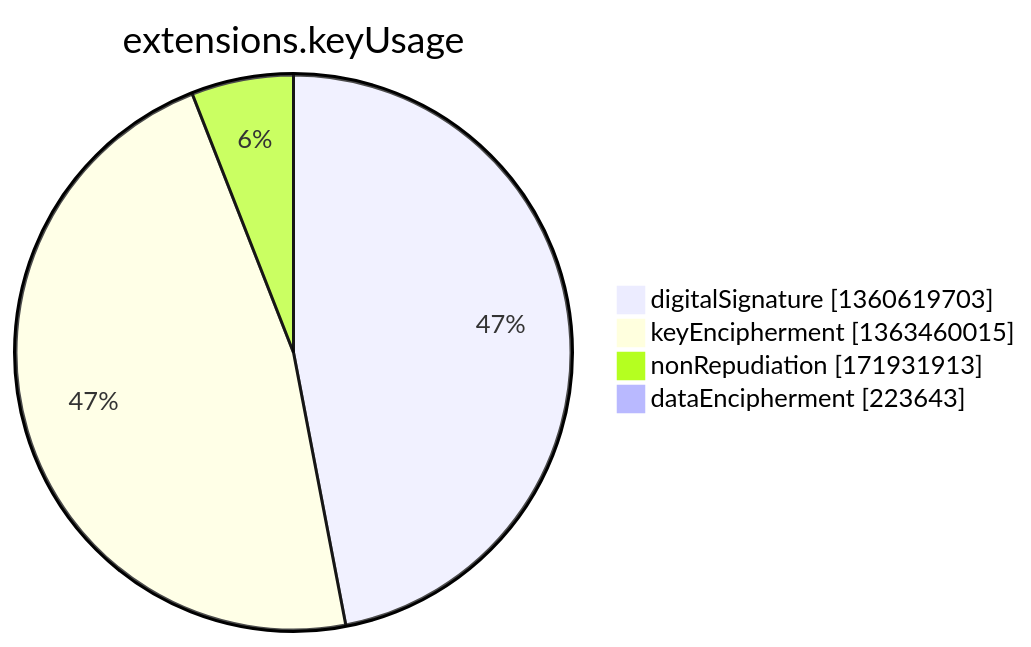
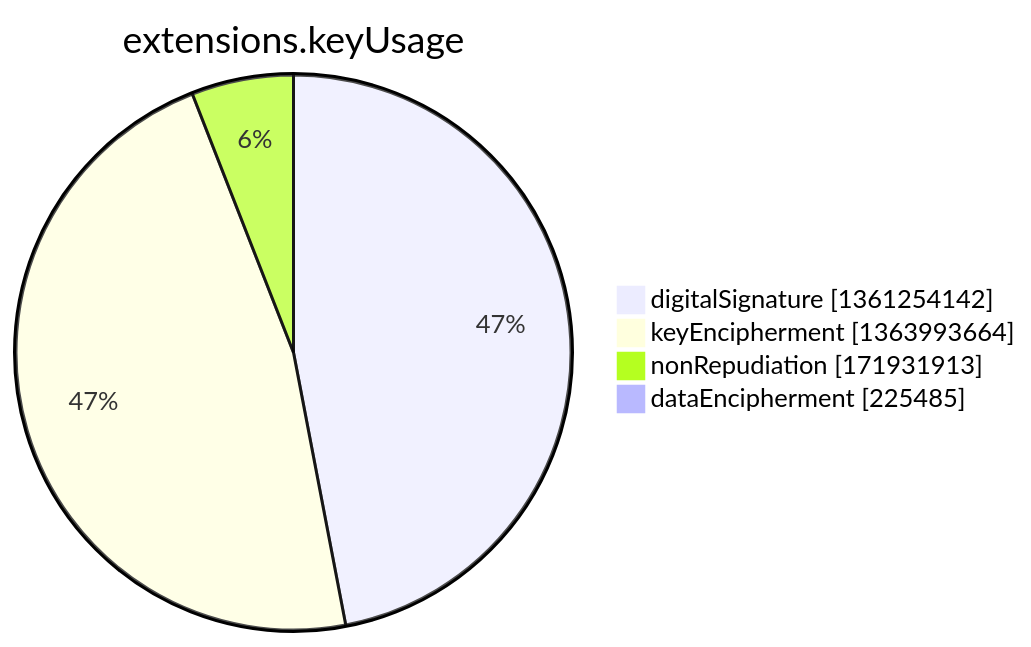
The seventh of 15 diagrams in argon2022/README.md (christiankrug/ctmonitor_visualization), drawn with Mermaid before and after one commit. The commit also changed other lines of this file, not shown here.

````diff
--- a/argon2022/README.md
+++ b/argon2022/README.md
@@ -2750,8 +2750,8 @@
 ```mermaid
 pie showData
 title extensions.keyUsage
-"digitalSignature" :1360619703
-"keyEncipherment" :1363460015
+"digitalSignature" :1361254142
+"keyEncipherment" :1363993664
 "nonRepudiation" :171931913
-"dataEncipherment" :223643
+"dataEncipherment" :225485
 ```
````
